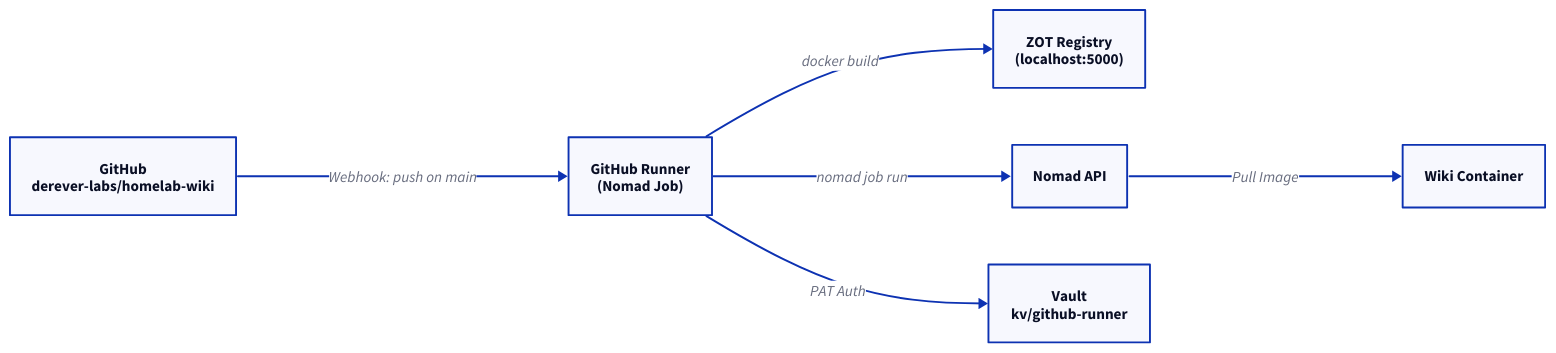
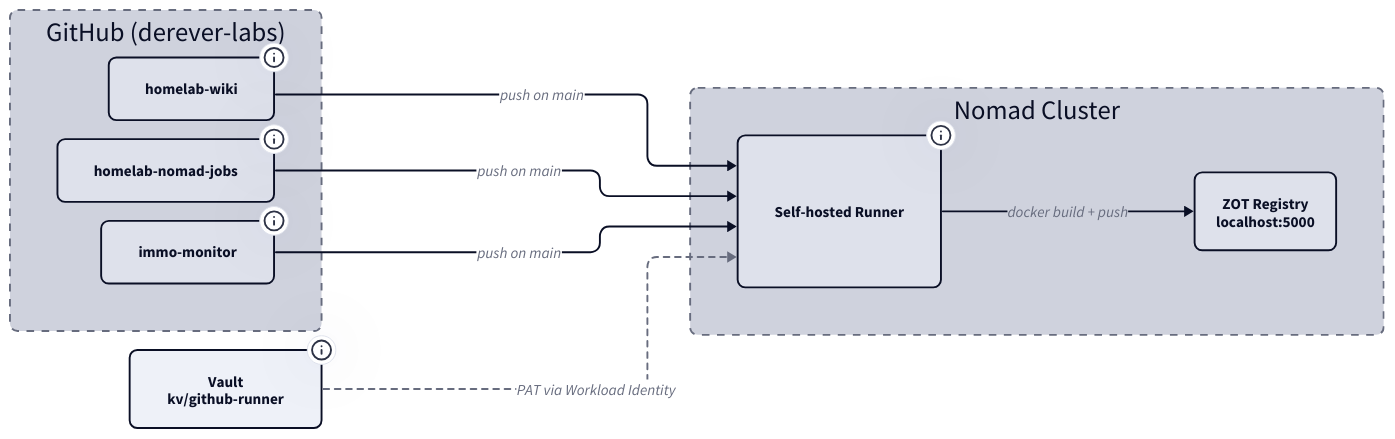
One commit to derever-labs/homelab-wiki changed the diagram in docs/github-runner/index.md. Above: the diagram before and after it, drawn with D2. The commit also changed other lines of this file and 1 other file, not shown here.

Commit message:
docs(github-runner): Org-Scope Architektur dokumentiert

````diff
--- a/docs/github-runner/index.md
+++ b/docs/github-runner/index.md
@@ -28,16 +28,67 @@
 ```d2
 direction: right
 
-GH: "GitHub\nderever-labs/homelab-wiki"
-Runner: "GitHub Runner\n(Nomad Job)"
-ZOT: "ZOT Registry\n(localhost:5000)"
-Nomad: Nomad API
-Wiki: Wiki Container
-Vault: "Vault\nkv/github-runner"
+vars: {
+  d2-config: {
+    theme-id: 1
+    layout-engine: elk
+  }
+}
 
-GH -> Runner: Webhook: push on main
-Runner -> ZOT: docker build
-Runner -> Nomad: nomad job run
-Nomad -> Wiki: Pull Image
-Runner -> Vault: PAT Auth
+classes: {
+  node: {
+    style: {
+      border-radius: 8
+    }
+  }
+  container: {
+    style: {
+      border-radius: 8
+      stroke-dash: 4
+    }
+  }
+}
+
+github: GitHub (derever-labs) {
+  class: container
+
+  wiki: homelab-wiki {
+    class: node
+    tooltip: "VitePress Build + Webhook"
+  }
+  nomad-jobs: homelab-nomad-jobs {
+    class: node
+    tooltip: "Container Build + Deploy"
+  }
+  immo: immo-monitor {
+    class: node
+    tooltip: "Container Build + Deploy"
+  }
+}
+
+nomad: Nomad Cluster {
+  class: container
+
+  runner: Self-hosted Runner {
+    class: node
+    tooltip: "RUNNER_SCOPE=org\nPrivileged, Host-Networking\nclient-05 oder client-06"
+  }
+  zot: ZOT Registry\nlocalhost:5000 {
+    class: node
+  }
+}
+
+vault: Vault\nkv/github-runner {
+  class: node
+  tooltip: "Classic PAT (permanent)\nScopes: repo, workflow, admin:org"
+}
+
+github.wiki -> nomad.runner: push on main
+github.nomad-jobs -> nomad.runner: push on main
+github.immo -> nomad.runner: push on main
+
+nomad.runner -> nomad.zot: docker build + push
+vault -> nomad.runner: PAT via Workload Identity {
+  style.stroke-dash: 3
+}
 ```
````
